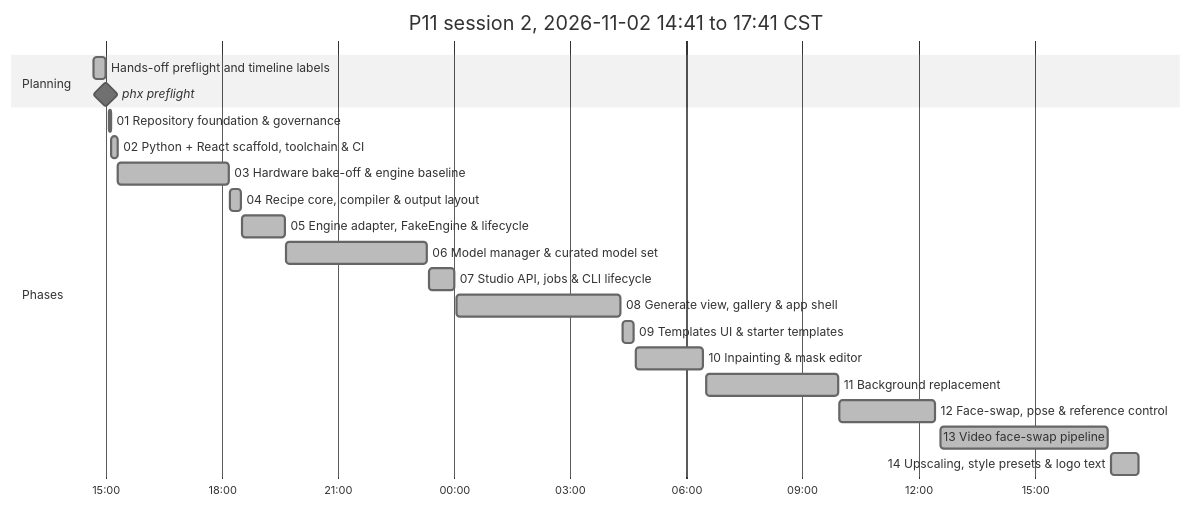
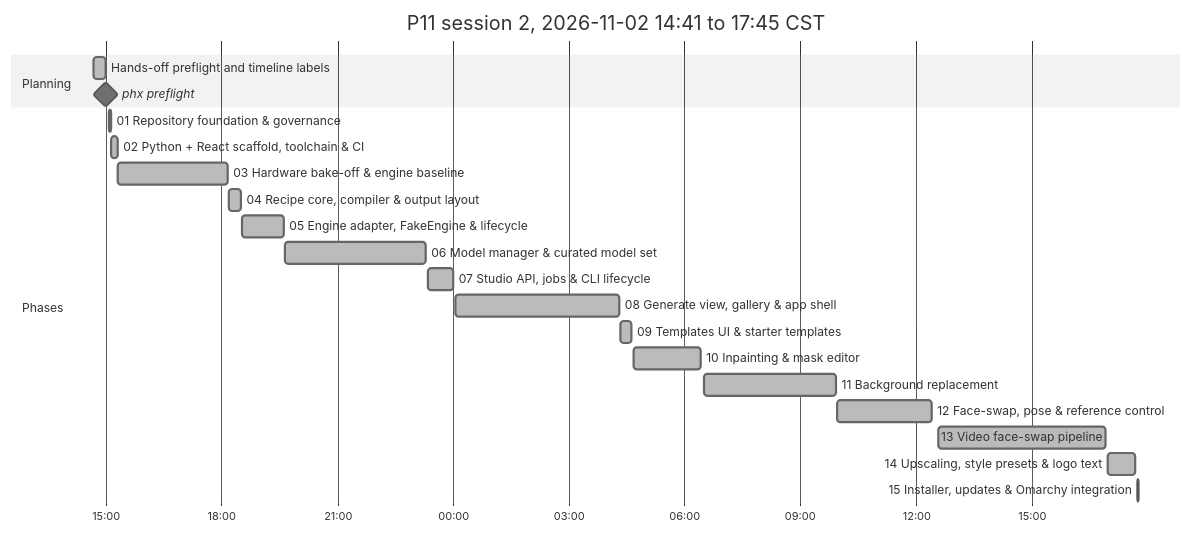
The second of 2 diagrams in P11_IMPLEMENTATION_PLAN.md (antonizick/project1111), drawn with Mermaid (neutral theme) before and after one commit. The commit also changed other lines of this file and 1 other file, not shown here.

Commit message:
docs(plan): refresh timeline

````diff
--- a/P11_IMPLEMENTATION_PLAN.md
+++ b/P11_IMPLEMENTATION_PLAN.md
@@ -74,24 +74,25 @@
 ```mermaid
 gantt
-    title P11 session 2, 2026-11-02 14:41 to 17:41 CST
+    title P11 session 2, 2026-11-02 14:41 to 17:45 CST
     dateFormat YYYY-MM-DD HH:mm
     axisFormat %H:%M
     section Planning
     Hands-off preflight and timeline labels :done, plan3, 2026-11-02 14:41, 2026-11-02 14:59
     phx preflight :milestone, pf13ee0d5, 2026-11-02 15:00, 0m
     section Phases
     01 Repository foundation & governance :done, p01s2, 2026-11-02 15:05, 2026-11-02 15:08
     02 Python + React scaffold, toolchain & CI :done, p02s2, 2026-11-02 15:09, 2026-11-02 15:18
     03 Hardware bake-off & engine baseline :done, p03s2, 2026-11-02 15:19, 2026-11-02 18:10
     04 Recipe core, compiler & output layout :done, p04s2, 2026-11-02 18:12, 2026-11-02 18:30
     05 Engine adapter, FakeEngine & lifecycle :done, p05s2, 2026-11-02 18:32, 2026-11-02 19:37
     06 Model manager & curated model set :done, p06s2, 2026-11-02 19:39, 2026-11-02 23:18
     07 Studio API, jobs & CLI lifecycle :done, p07s2, 2026-11-02 23:21, 2026-11-03 00:00
     08 Generate view, gallery & app shell :done, p08s2, 2026-11-03 00:03, 2026-11-03 04:18
     09 Templates UI & starter templates :done, p09s2, 2026-11-03 04:21, 2026-11-03 04:38
     10 Inpainting & mask editor :done, p10s2, 2026-11-03 04:41, 2026-11-03 06:25
     11 Background replacement :done, p11s2, 2026-11-03 06:31, 2026-11-03 09:55
     12 Face-swap, pose & reference control :done, p12s2, 2026-11-03 09:58, 2026-11-03 12:25
     13 Video face-swap pipeline :done, p13s2, 2026-11-03 12:34, 2026-11-03 16:54
     14 Upscaling, style presets & logo text :done, p14s2, 2026-11-03 16:58, 2026-11-03 17:41
+    15 Installer, updates & Omarchy integration :active, p15s2, 2026-11-03 17:45, 2026-11-03 17:46
 ```
````
